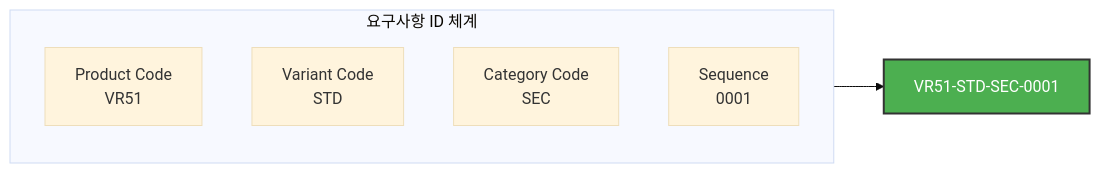
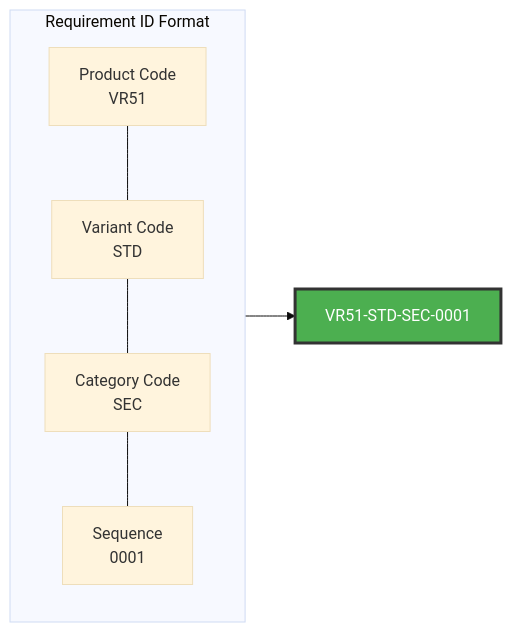
Before and after one commit to Vegitime-bot/Requirement_management: the third of 8 diagrams in README.md, drawn with Mermaid (base theme). The commit also changed other lines of this file and 2 other files, not shown here.

````diff
--- a/README.md
+++ b/README.md
@@ -95,12 +104,12 @@
 ```mermaid
 graph LR
-    subgraph ID["요구사항 ID 체계"]
-        A["Product Code<br/>VR51"]
-        B["Variant Code<br/>STD"]
-        C["Category Code<br/>SEC"]
+    subgraph ID["Requirement ID Format"]
+        A["Product Code<br/>VR51"] ---
+        B["Variant Code<br/>STD"] ---
+        C["Category Code<br/>SEC"] ---
         D["Sequence<br/>0001"]
     end
     
     ID --> E["VR51-STD-SEC-0001"]
-    style E fill:#4CAF50,stroke:#333,stroke-width:2px,color:#fff
+    style E fill:#4CAF50,stroke:#333,stroke-width:3px,color:#fff
 ```
````
